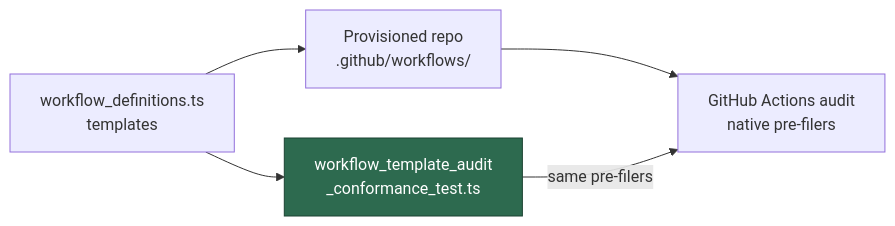
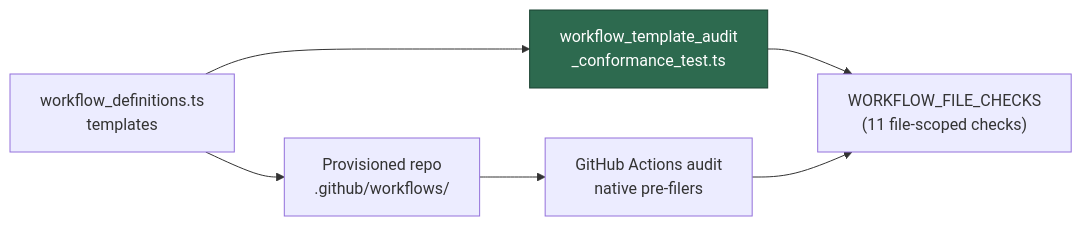
Before and after one commit to stSoftwareAU/VibeCoder: the third of 5 diagrams in docs/EXTENDING.md, drawn with Mermaid. The commit also changed other lines of this file and 8 other files, not shown here.

````diff
--- a/docs/EXTENDING.md
+++ b/docs/EXTENDING.md
@@ -320,8 +325,9 @@
 ```mermaid
 flowchart LR
     T["workflow_definitions.ts<br/>templates"] --> R["Provisioned repo<br/>.github/workflows/"]
     R --> A["GitHub Actions audit<br/>native pre-filers"]
     T --> C["workflow_template_audit<br/>_conformance_test.ts"]
-    C -- "same pre-filers" --> A
+    C --> K["WORKFLOW_FILE_CHECKS<br/>(11 file-scoped checks)"]
+    A --> K
     style C fill:#2d6a4f,stroke:#1b4332,color:#fff
 ```
````
